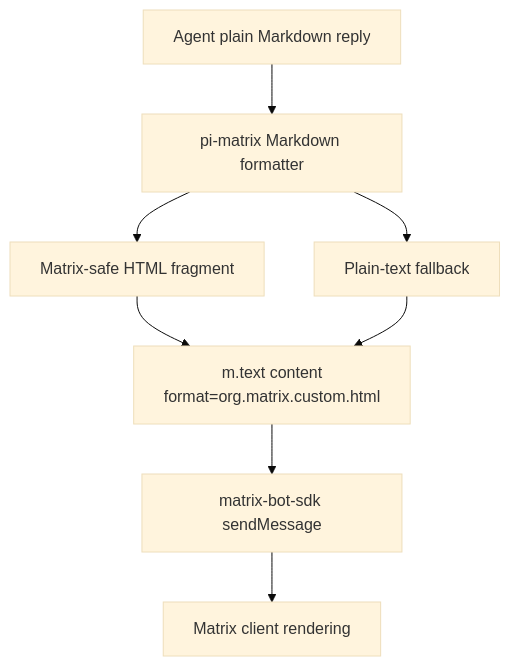
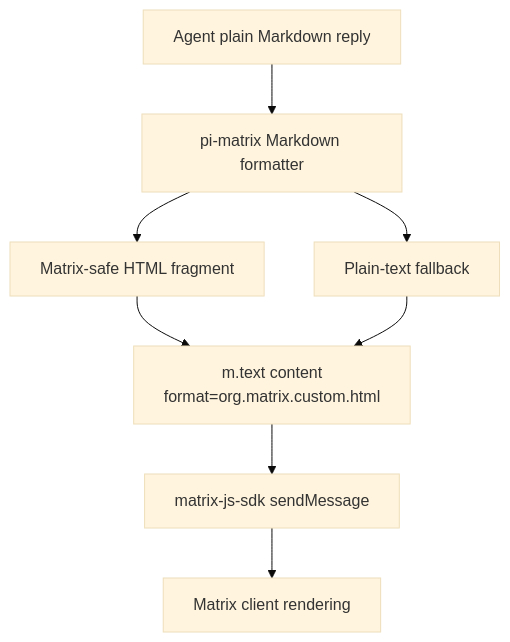
Before and after one commit to tS7hKamAYL84j91/pi-tools-and-skills: diagram 14 of 21 in docs/architecture.md, drawn with Mermaid (base theme). The commit also changed other lines of this file and 139 other files, not shown here.

````diff
--- a/docs/architecture.md
+++ b/docs/architecture.md
@@ -463,10 +517,10 @@
 ```mermaid
 flowchart TD
   Agent[Agent plain Markdown reply] --> Formatter[pi-matrix Markdown formatter]
   Formatter --> Html[Matrix-safe HTML fragment]
   Formatter --> Plain[Plain-text fallback]
   Html --> Content[m.text content\nformat=org.matrix.custom.html]
   Plain --> Content
-  Content --> SDK[matrix-bot-sdk sendMessage]
+  Content --> SDK[matrix-js-sdk sendMessage]
   SDK --> Client[Matrix client rendering]
 ```
````
